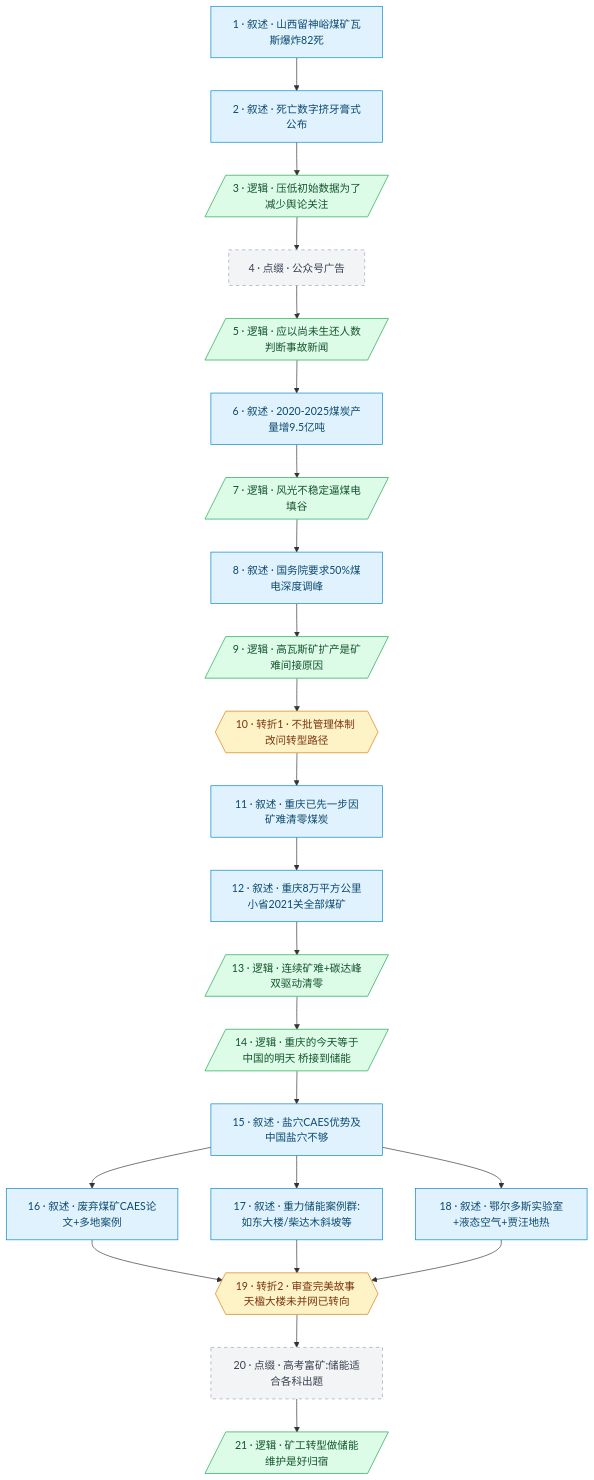
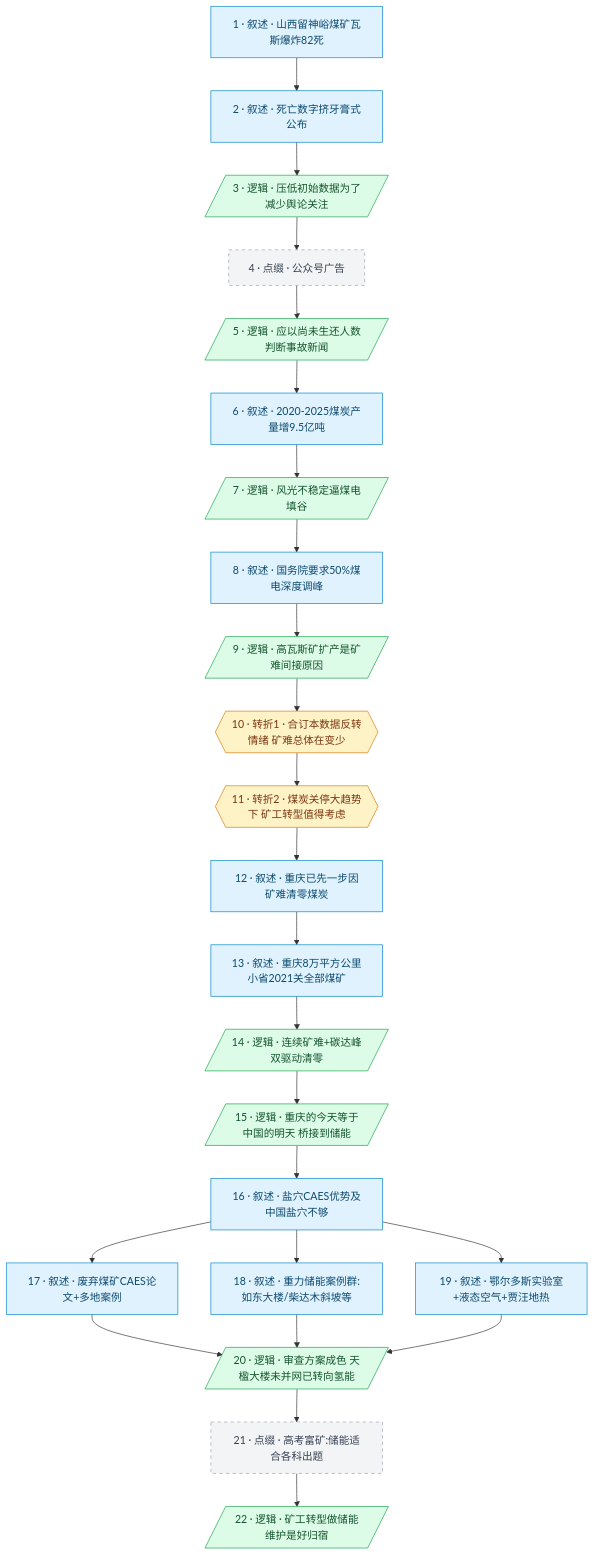
The diagram in btnews/1001_1100/btnews_1060.madugong-analysis.md (liusining/mdg-media-skills), drawn with Mermaid before and after one commit. The commit also changed other lines of this file, not shown here.

````diff
--- a/btnews/1001_1100/btnews_1060.madugong-analysis.md
+++ b/btnews/1001_1100/btnews_1060.madugong-analysis.md
@@ -73,39 +74,40 @@
 ```mermaid
 flowchart TD
     classDef typeA fill:#e0f2fe,stroke:#0284c7,color:#0c4a6e
     classDef typeB fill:#dcfce7,stroke:#16a34a,color:#14532d
     classDef typeC fill:#f3f4f6,stroke:#9ca3af,color:#374151,stroke-dasharray:5 5
     classDef typeD fill:#fef3c7,stroke:#d97706,color:#78350f
 
     1["1 · 叙述 · 山西留神峪煤矿瓦斯爆炸82死"]:::typeA
     2["2 · 叙述 · 死亡数字挤牙膏式公布"]:::typeA
     3[/"3 · 逻辑 · 压低初始数据为了减少舆论关注"/]:::typeB
     4["4 · 点缀 · 公众号广告"]:::typeC
     5[/"5 · 逻辑 · 应以尚未生还人数判断事故新闻"/]:::typeB
     6["6 · 叙述 · 2020-2025煤炭产量增9.5亿吨"]:::typeA
     7[/"7 · 逻辑 · 风光不稳定逼煤电填谷"/]:::typeB
     8["8 · 叙述 · 国务院要求50%煤电深度调峰"]:::typeA
     9[/"9 · 逻辑 · 高瓦斯矿扩产是矿难间接原因"/]:::typeB
-    10{{"10 · 转折1 · 不批管理体制 改问转型路径"}}:::typeD
-    11["11 · 叙述 · 重庆已先一步因矿难清零煤炭"]:::typeA
-    12["12 · 叙述 · 重庆8万平方公里小省2021关全部煤矿"]:::typeA
-    13[/"13 · 逻辑 · 连续矿难+碳达峰双驱动清零"/]:::typeB
-    14[/"14 · 逻辑 · 重庆的今天等于中国的明天 桥接到储能"/]:::typeB
-    15["15 · 叙述 · 盐穴CAES优势及中国盐穴不够"]:::typeA
-    16["16 · 叙述 · 废弃煤矿CAES论文+多地案例"]:::typeA
-    17["17 · 叙述 · 重力储能案例群:如东大楼/柴达木斜坡等"]:::typeA
-    18["18 · 叙述 · 鄂尔多斯实验室+液态空气+贾汪地热"]:::typeA
-    19{{"19 · 转折2 · 审查完美故事 天楹大楼未并网已转向"}}:::typeD
-    20["20 · 点缀 · 高考富矿:储能适合各科出题"]:::typeC
-    21[/"21 · 逻辑 · 矿工转型做储能维护是好归宿"/]:::typeB
+    10{{"10 · 转折1 · 合订本数据反转情绪 矿难总体在变少"}}:::typeD
+    11{{"11 · 转折2 · 煤炭关停大趋势下 矿工转型值得考虑"}}:::typeD
+    12["12 · 叙述 · 重庆已先一步因矿难清零煤炭"]:::typeA
+    13["13 · 叙述 · 重庆8万平方公里小省2021关全部煤矿"]:::typeA
+    14[/"14 · 逻辑 · 连续矿难+碳达峰双驱动清零"/]:::typeB
+    15[/"15 · 逻辑 · 重庆的今天等于中国的明天 桥接到储能"/]:::typeB
+    16["16 · 叙述 · 盐穴CAES优势及中国盐穴不够"]:::typeA
+    17["17 · 叙述 · 废弃煤矿CAES论文+多地案例"]:::typeA
+    18["18 · 叙述 · 重力储能案例群:如东大楼/柴达木斜坡等"]:::typeA
+    19["19 · 叙述 · 鄂尔多斯实验室+液态空气+贾汪地热"]:::typeA
+    20[/"20 · 逻辑 · 审查方案成色 天楹大楼未并网已转向氢能"/]:::typeB
+    21["21 · 点缀 · 高考富矿:储能适合各科出题"]:::typeC
+    22[/"22 · 逻辑 · 矿工转型做储能维护是好归宿"/]:::typeB
 
-    1 --> 2 --> 3 --> 4 --> 5 --> 6 --> 7 --> 8 --> 9 --> 10
-    10 --> 11 --> 12 --> 13 --> 14 --> 15
-    15 --> 16
-    15 --> 17
-    15 --> 18
+    1 --> 2 --> 3 --> 4 --> 5 --> 6 --> 7 --> 8 --> 9 --> 10 --> 11
+    11 --> 12 --> 13 --> 14 --> 15 --> 16
+    16 --> 17
+    16 --> 18
     16 --> 19
-    17 --> 19
-    18 --> 19
-    19 --> 20 --> 21
+    17 --> 20
+    18 --> 20
+    19 --> 20
+    20 --> 21 --> 22
 ```
````
